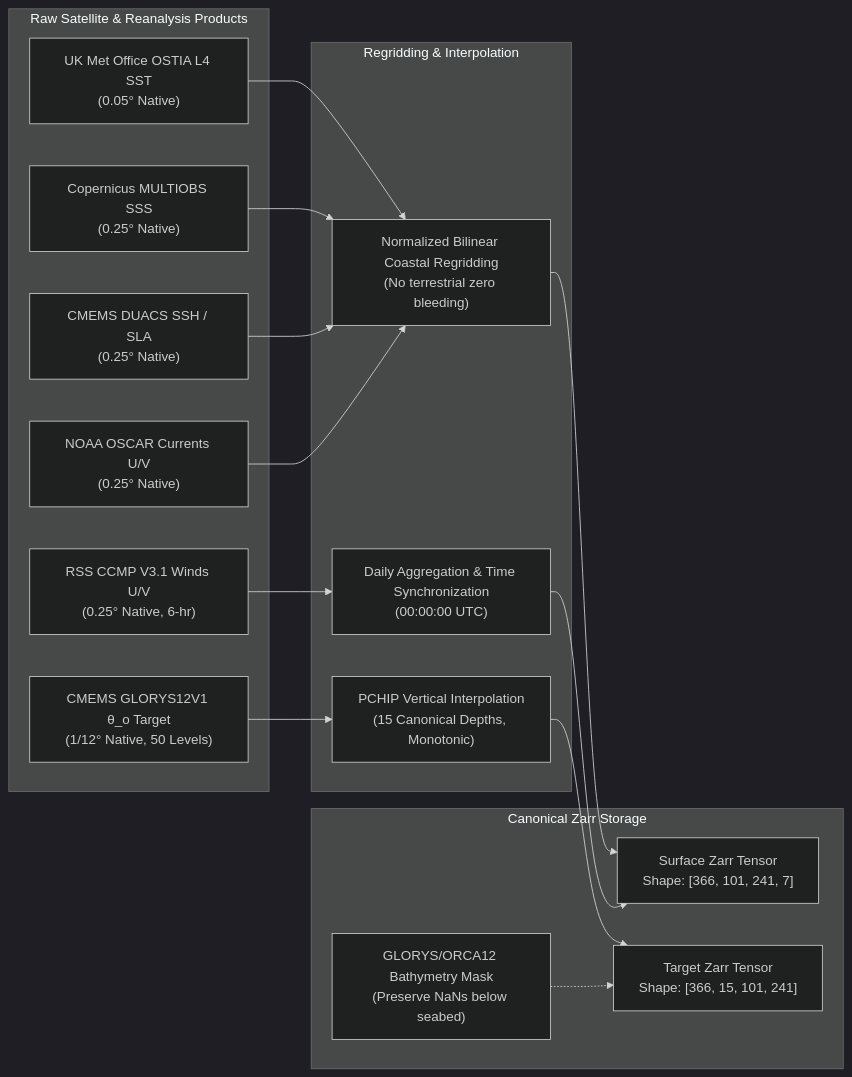
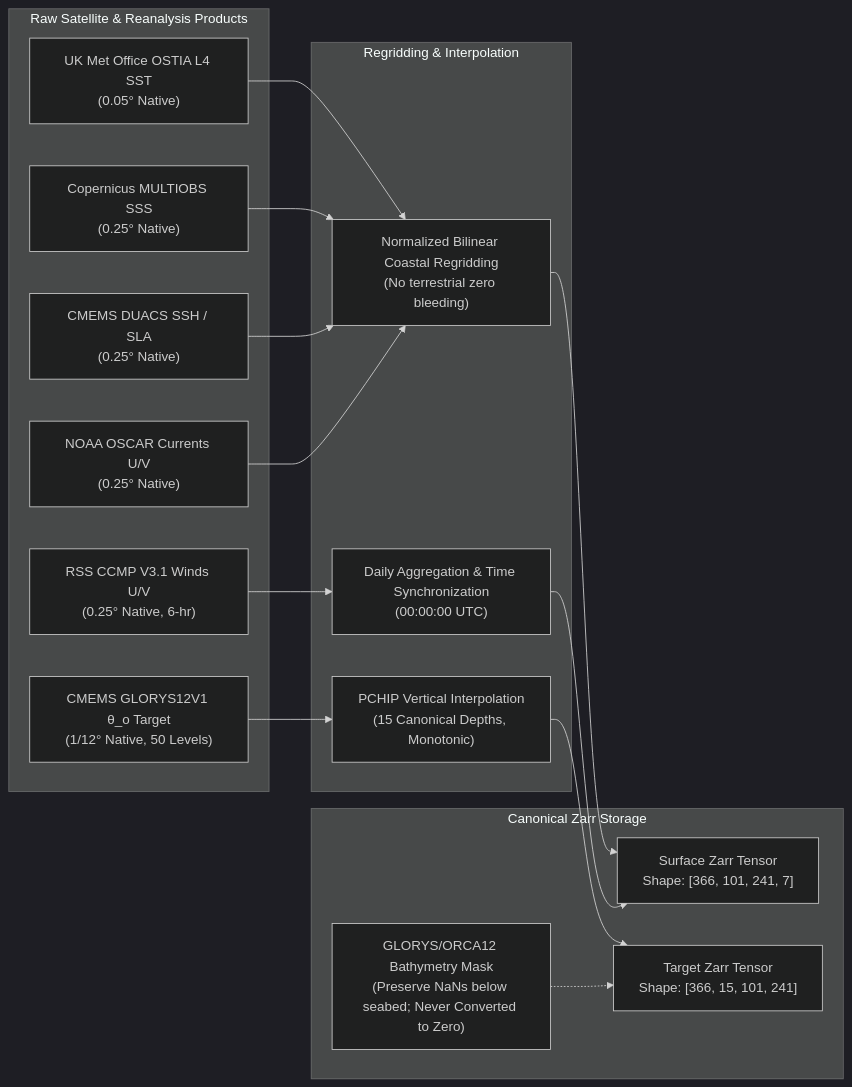
Before and after one commit to neeravjain91-jpg/-Satellite-Embedding: the second of 6 diagrams in docs/PUBLICATION_DIAGRAMS.md, drawn with Mermaid (dark theme). The commit also changed other lines of this file and 14 other files, not shown here.

````diff
--- a/docs/PUBLICATION_DIAGRAMS.md
+++ b/docs/PUBLICATION_DIAGRAMS.md
@@ -64,34 +64,34 @@
 ```mermaid
 flowchart LR
     subgraph RAW["Raw Satellite & Reanalysis Products"]
         R1["UK Met Office OSTIA L4 SST\n(0.05° Native)"]
         R2["Copernicus MULTIOBS SSS\n(0.25° Native)"]
         R3["CMEMS DUACS SSH / SLA\n(0.25° Native)"]
         R4["NOAA OSCAR Currents U/V\n(0.25° Native)"]
         R5["RSS CCMP V3.1 Winds U/V\n(0.25° Native, 6-hr)"]
         R6["CMEMS GLORYS12V1 θ_o Target\n(1/12° Native, 50 Levels)"]
     end
 
     subgraph REGRID["Regridding & Interpolation"]
         G1["Normalized Bilinear Coastal Regridding\n(No terrestrial zero bleeding)"]
         G2["Daily Aggregation & Time Synchronization\n(00:00:00 UTC)"]
         G3["PCHIP Vertical Interpolation\n(15 Canonical Depths, Monotonic)"]
     end
 
     subgraph CANON["Canonical Zarr Storage"]
         Z1["Surface Zarr Tensor\nShape: [366, 101, 241, 7]"]
         Z2["Target Zarr Tensor\nShape: [366, 15, 101, 241]"]
-        Z3["GLORYS/ORCA12 Bathymetry Mask\n(Preserve NaNs below seabed)"]
+        Z3["GLORYS/ORCA12 Bathymetry Mask\n(Preserve NaNs below seabed; Never Converted to Zero)"]
     end
 
     R1 --> G1
     R2 --> G1
     R3 --> G1
     R4 --> G1
     R5 --> G2
     G1 --> Z1
     G2 --> Z1
     R6 --> G3
     G3 --> Z2
     Z3 -.-> Z2
 ```
````
